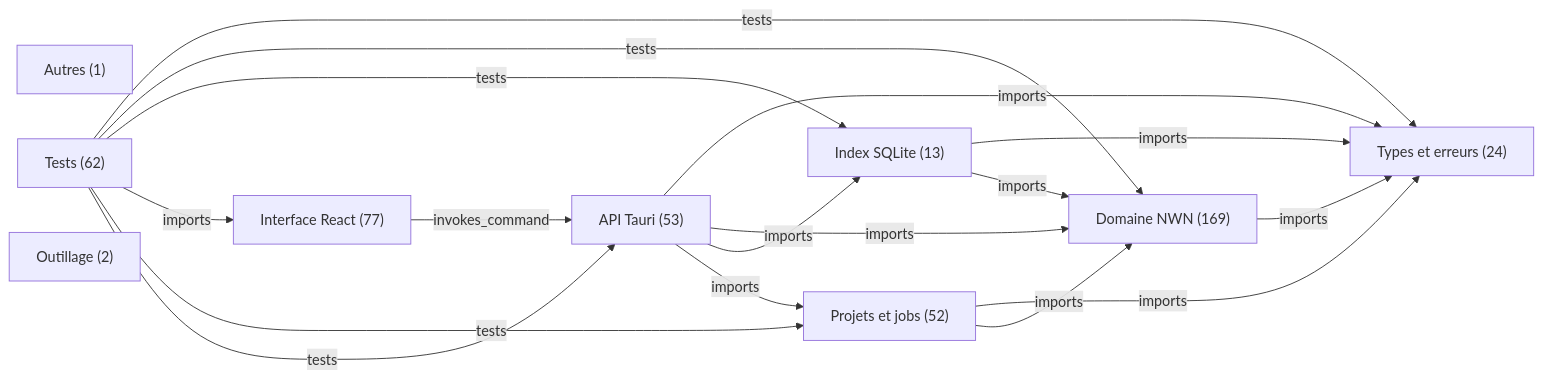
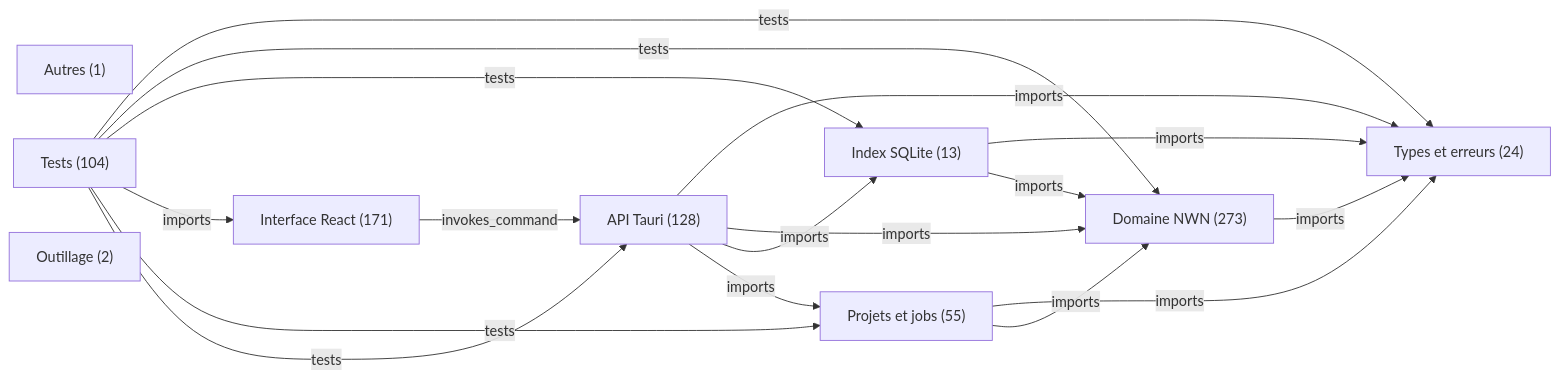
Before and after one commit to Karenax/OpenNever_Forge: the diagram in docs/architecture/overview.mmd, drawn with Mermaid. The commit also changed 36 other files, not shown here.

```diff
--- a/docs/architecture/overview.mmd
+++ b/docs/architecture/overview.mmd
@@ -1,26 +1,26 @@
 flowchart LR
   layer_0["Types et erreurs (24)"]
-  layer_1["Domaine NWN (169)"]
+  layer_1["Domaine NWN (273)"]
   layer_2["Index SQLite (13)"]
-  layer_3["Interface React (77)"]
+  layer_3["Interface React (171)"]
   layer_4["Autres (1)"]
-  layer_5["Projets et jobs (52)"]
-  layer_6["API Tauri (53)"]
-  layer_7["Tests (62)"]
+  layer_5["Projets et jobs (55)"]
+  layer_6["API Tauri (128)"]
+  layer_7["Tests (104)"]
   layer_8["Outillage (2)"]
   layer_1 -->|"imports"| layer_0
   layer_2 -->|"imports"| layer_0
   layer_2 -->|"imports"| layer_1
   layer_3 -->|"invokes_command"| layer_6
   layer_5 -->|"imports"| layer_0
   layer_5 -->|"imports"| layer_1
   layer_6 -->|"imports"| layer_0
   layer_6 -->|"imports"| layer_1
   layer_6 -->|"imports"| layer_2
   layer_6 -->|"imports"| layer_5
   layer_7 -->|"tests"| layer_0
   layer_7 -->|"tests"| layer_1
   layer_7 -->|"tests"| layer_2
   layer_7 -->|"imports"| layer_3
   layer_7 -->|"tests"| layer_5
   layer_7 -->|"tests"| layer_6
```
